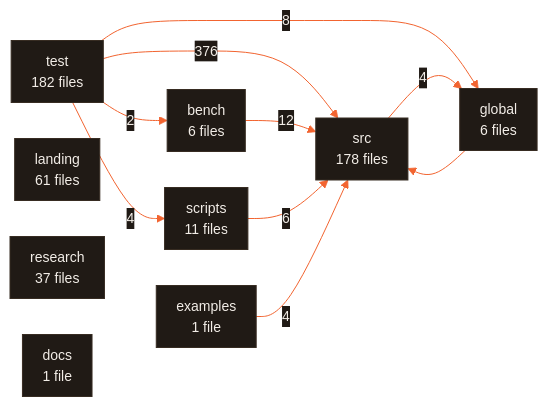
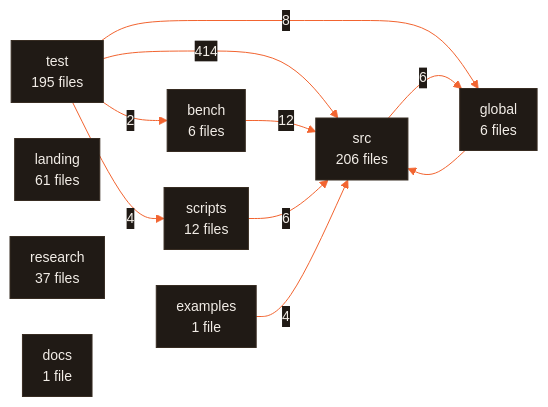
Before and after one commit to CodeWithJuber/forgekit: the diagram in ARCHITECTURE.md, drawn with Mermaid. The commit also changed other lines of this file and 70 other files, not shown here.

````diff
--- a/ARCHITECTURE.md
+++ b/ARCHITECTURE.md
@@ -671,22 +671,22 @@
 ```mermaid
 %%{init: {'theme':'base','themeVariables':{'primaryColor':'#201a15','primaryTextColor':'#f2ede7','primaryBorderColor':'#372c22','lineColor':'#f26430','secondaryColor':'#272019','tertiaryColor':'#171310','edgeLabelBackground':'#201a15','clusterBkg':'#171310','clusterBorder':'#4a3b2e','fontFamily':'ui-sans-serif, system-ui, sans-serif','fontSize':'14px'},'flowchart':{'curve':'basis','padding':10,'nodeSpacing':36,'rankSpacing':44}}}%%
 flowchart LR
-  test["test<br/>182 files"]
-  src["src<br/>178 files"]
+  src["src<br/>206 files"]
+  test["test<br/>195 files"]
   landing["landing<br/>61 files"]
   research["research<br/>37 files"]
-  scripts["scripts<br/>11 files"]
+  scripts["scripts<br/>12 files"]
   bench["bench<br/>6 files"]
   global["global<br/>6 files"]
   docs["docs<br/>1 file"]
   examples["examples<br/>1 file"]
-  test -- 376 --> src
+  test -- 414 --> src
   bench -- 12 --> src
   test -- 8 --> global
   scripts -- 6 --> src
+  src -- 6 --> global
   examples -- 4 --> src
-  src -- 4 --> global
   test -- 4 --> scripts
   test -- 2 --> bench
   global --> src
 ```
````
